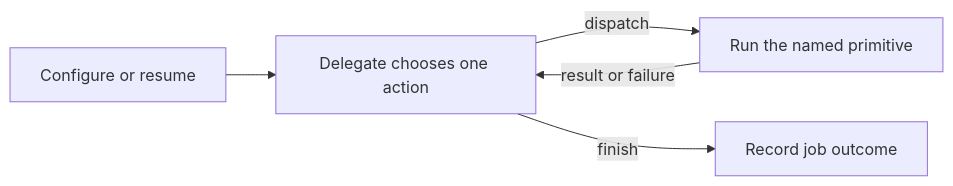
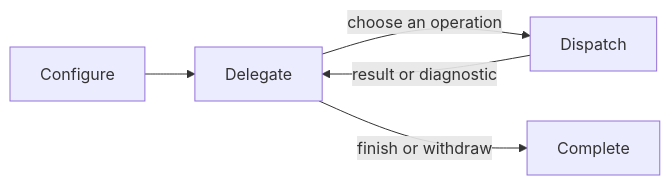
One commit to colony-2/recipes changed the diagram in guides/adaptive3/DELEGATE_ORCHESTRATION.md. Above: the diagram before and after it, drawn with Mermaid. The commit also changed other lines of this file and 43 other files, not shown here.

First line of the commit message:
Let the delegate choose the next Adaptive3 operation

````diff
--- a/guides/adaptive3/DELEGATE_ORCHESTRATION.md
+++ b/guides/adaptive3/DELEGATE_ORCHESTRATION.md
@@ -9,7 +5,7 @@
 ```mermaid
 flowchart LR
-    Start[Configure or resume] --> Decide[Delegate chooses one action]
-    Decide -->|dispatch| Run[Run the named primitive]
-    Run -->|result or failure| Decide
-    Decide -->|finish| End[Record job outcome]
+    Configure --> Delegate
+    Delegate -->|choose an operation| Dispatch
+    Dispatch -->|result or diagnostic| Delegate
+    Delegate -->|finish or withdraw| Complete
 ```
````
